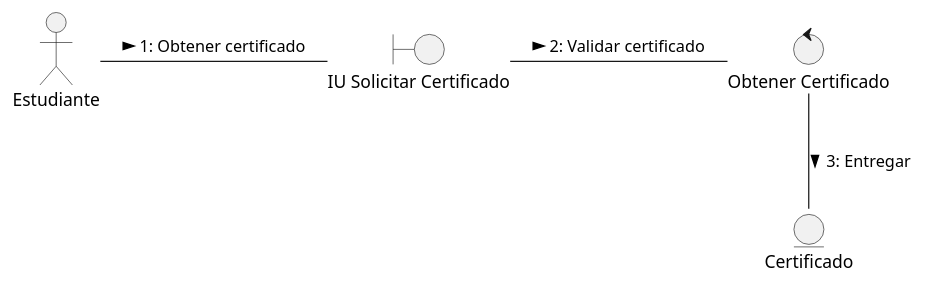
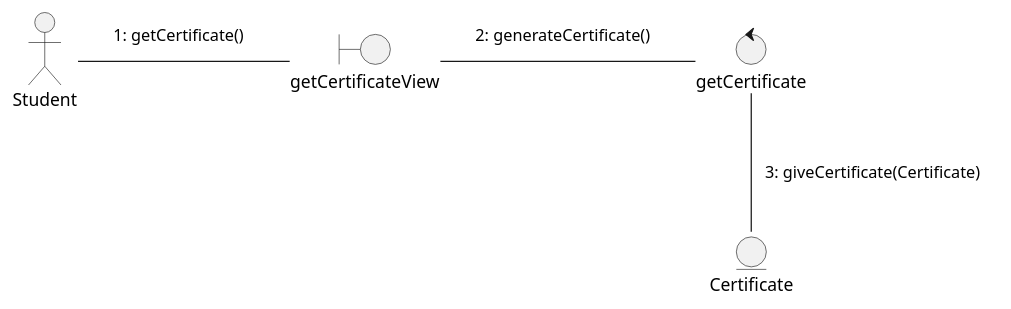
The diagram in docs/logicalView/analisysView/classAnalisys/diagrama_colaboracion_CU3.plantuml (MiguelCiav/Uhuru), drawn with PlantUML before and after one commit. The commit also changed 23 other files, not shown here.

Commit message:
Correción de diagrama de casos de análisis

```diff
--- a/docs/logicalView/analisysView/classAnalisys/diagrama_colaboracion_CU3.plantuml
+++ b/docs/logicalView/analisysView/classAnalisys/diagrama_colaboracion_CU3.plantuml
@@ -1,12 +1,24 @@
 @startuml clase_analisis 
 
-actor Estudiante
-boundary "IU Solicitar Certificado" as solicitar_certificado
-control "Obtener Certificado" as controlador 
-entity Certificado 
+skinparam NoteBackgroundColor transparent
+skinparam NoteBorderColor transparent
 
-Estudiante -r- solicitar_certificado: 1: Obtener certificado >
-solicitar_certificado -r- controlador: 2: Validar certificado >
-controlador -- Certificado: 3: Entregar >
+actor Student as Estudiante
+boundary "getCertificateView" as solicitar_certificado
+control "getCertificate" as controlador 
+entity Certificate as Certificado
+
+Estudiante -r- solicitar_certificado
+note on link
+1: getCertificate()
+end note
+solicitar_certificado -r- controlador
+note on link
+2: generateCertificate()
+end note
+controlador -- Certificado
+note on link
+3: giveCertificate(Certificate)
+end note
 
 @enduml
```
